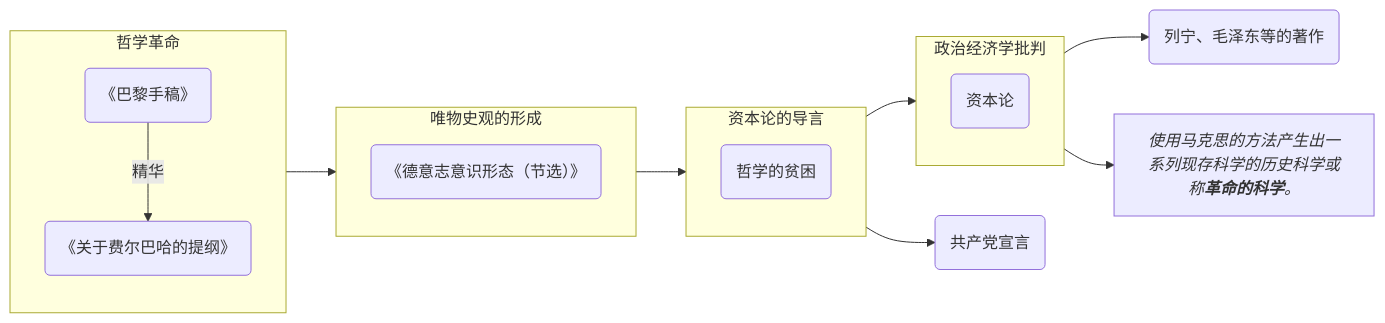
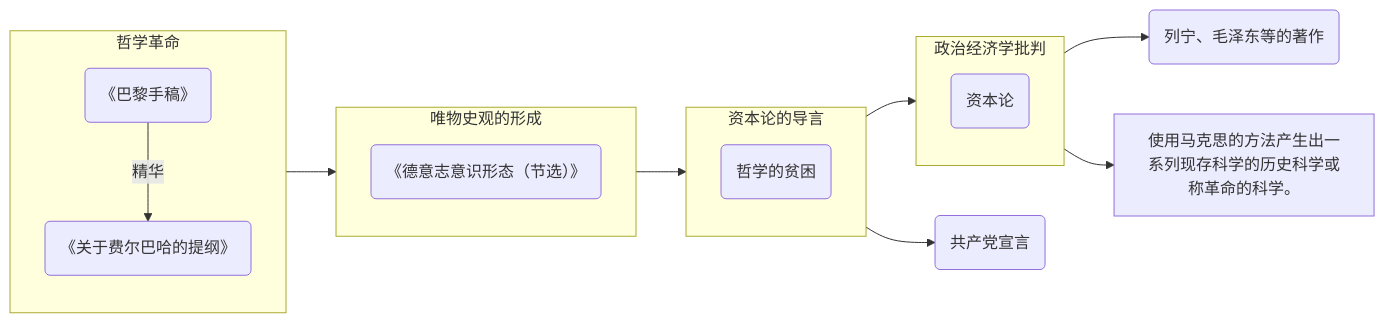
The diagram in _posts/2024-08-07-marx.md (rainsins/rainsins.github.io), drawn with Mermaid before and after one commit. The commit also changed other lines of this file, not shown here.

````diff
--- a/_posts/2024-08-07-marx.md
+++ b/_posts/2024-08-07-marx.md
@@ -99,20 +101,20 @@
-```mermaid
+<pre id="map-box" class="mermaid">
 flowchart LR
     subgraph 哲学革命
     V(《巴黎手稿》) -->|精华| C(《关于费尔巴哈的提纲》)
     end
     subgraph 唯物史观的形成
     E(《德意志意识形态（节选）》)
     end
     subgraph 资本论的导言
     F(哲学的贫困)
     end
     subgraph 政治经济学批判
     I(资本论)
     end
     H(共产党宣言)
     哲学革命 --> 唯物史观的形成 --> 资本论的导言--> 政治经济学批判
     资本论的导言 --> H
     政治经济学批判 --> N(列宁、毛泽东等的著作)
-    政治经济学批判 --> J["`_使用马克思的方法产生出一系列现存科学的历史科学或称**革命的科学**。_`"]
-```
+    政治经济学批判 --> J[使用马克思的方法产生出一系列现存科学的历史科学或称革命的科学。]
+</pre>
````
